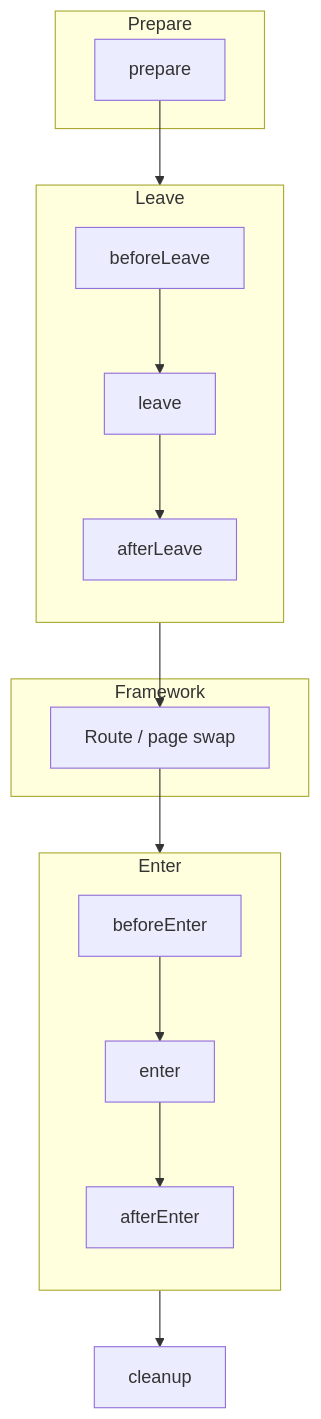
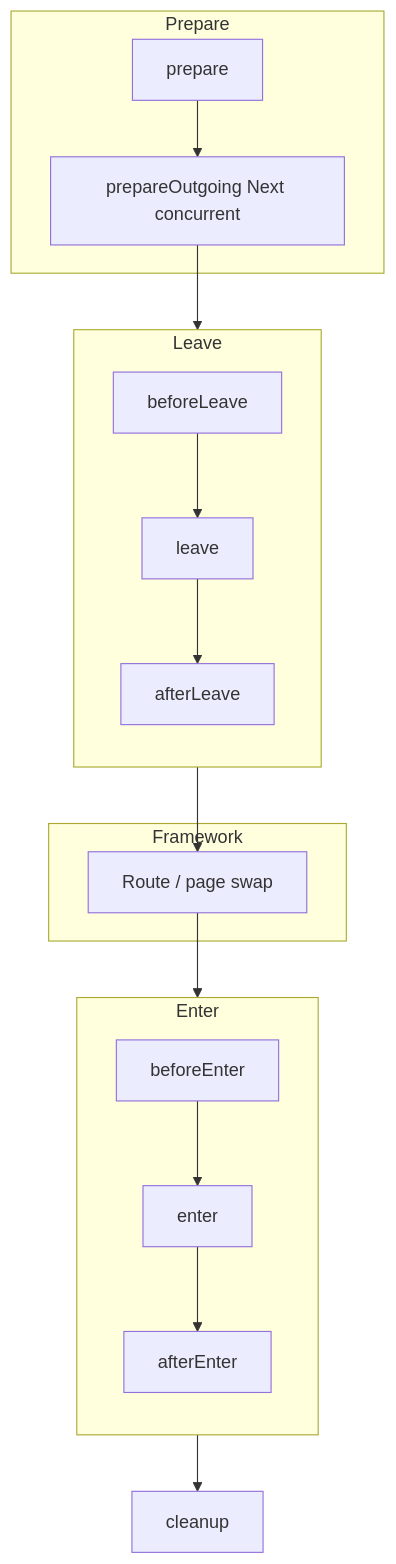
The first of 9 diagrams in docs/guide/modes/lifecycle.md (owlsdepartment/flyva), drawn with Mermaid before and after one commit. The commit also changed other lines of this file and 23 other files, not shown here.

First line of the commit message:
feat(shared): add prepareOutgoing hooks and freeze helpers

````diff
--- a/docs/guide/modes/lifecycle.md
+++ b/docs/guide/modes/lifecycle.md
@@ -9,22 +9,24 @@
 ```mermaid
 flowchart TD
   subgraph preparePhase[Prepare]
     P[prepare]
+    PO[prepareOutgoing Next concurrent]
   end
   subgraph leavePhase[Leave]
     direction TB
     BL[beforeLeave] --> L[leave] --> AL[afterLeave]
   end
   subgraph swap[Framework]
     N[Route / page swap]
   end
   subgraph enterPhase[Enter]
     direction TB
     BE[beforeEnter] --> E[enter] --> AE[afterEnter]
   end
   CU[cleanup]
-  P --> BL
+  P --> PO
+  PO --> BL
   AL --> N
   N --> BE
   AE --> CU
 ```
````
